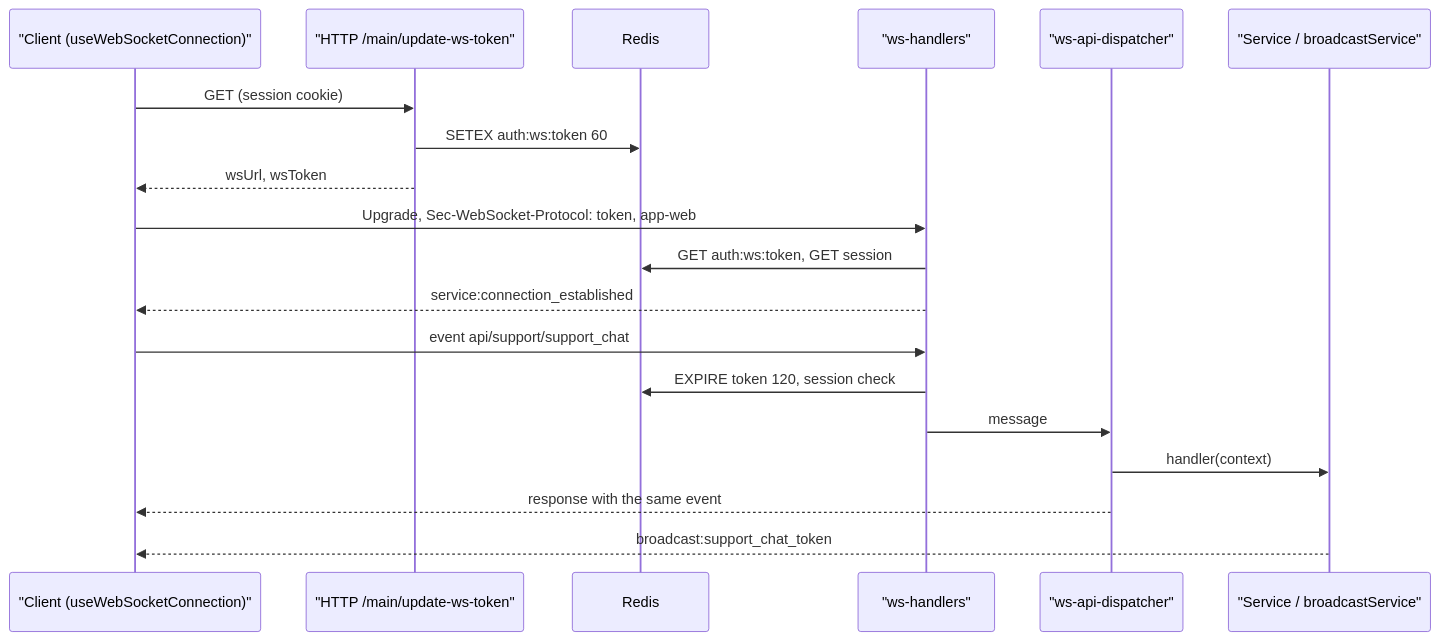
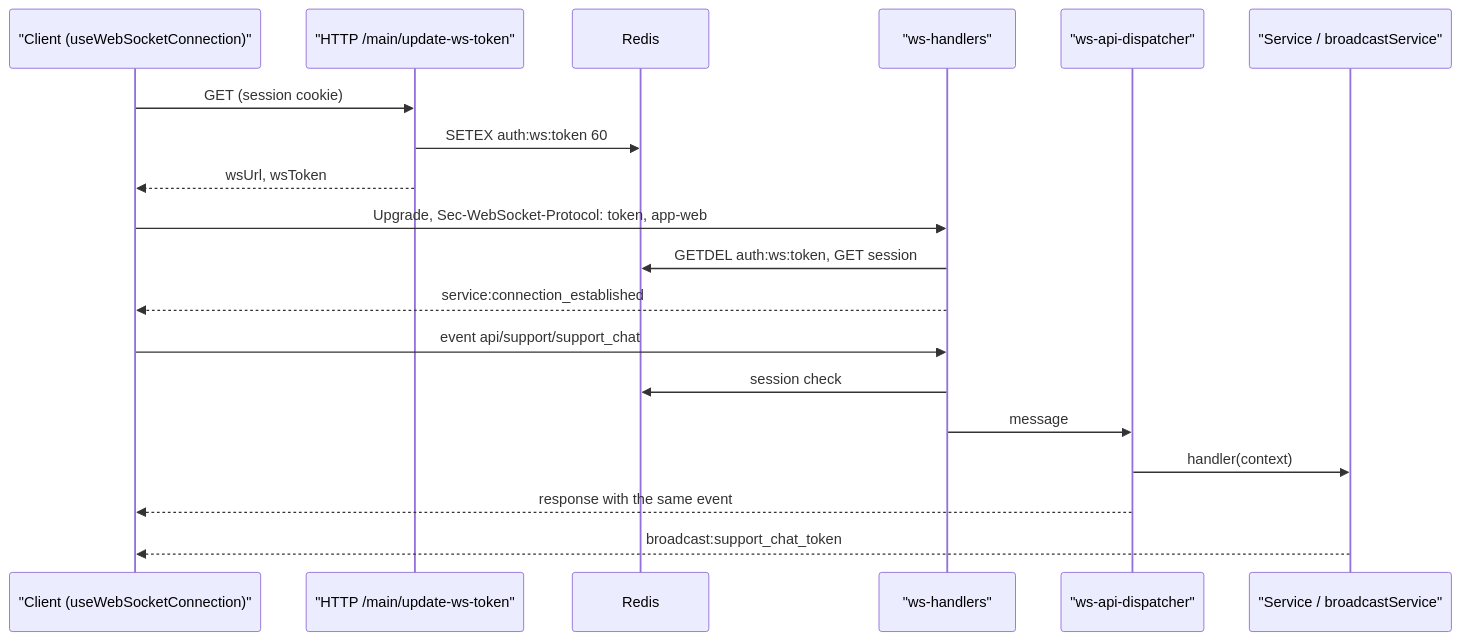
Before and after one commit to Blazheiko/vibe-template: the diagram in documentation/en/backend/websocket.md, drawn with Mermaid. The commit also changed other lines of this file and 36 other files, not shown here.

````diff
--- a/documentation/en/backend/websocket.md
+++ b/documentation/en/backend/websocket.md
@@ -367,21 +365,21 @@
 ```mermaid
 sequenceDiagram
   participant C as "Client (useWebSocketConnection)"
   participant H as "HTTP /main/update-ws-token"
   participant R as Redis
   participant W as "ws-handlers"
   participant D as "ws-api-dispatcher"
   participant S as "Service / broadcastService"
   C->>H: GET (session cookie)
   H->>R: SETEX auth:ws:token 60
   H-->>C: wsUrl, wsToken
   C->>W: Upgrade, Sec-WebSocket-Protocol: token, app-web
-  W->>R: GET auth:ws:token, GET session
+  W->>R: GETDEL auth:ws:token, GET session
   W-->>C: service:connection_established
   C->>W: event api/support/support_chat
-  W->>R: EXPIRE token 120, session check
+  W->>R: session check
   W->>D: message
   D->>S: handler(context)
   D-->>C: response with the same event
   S-->>C: broadcast:support_chat_token
 ```
````
